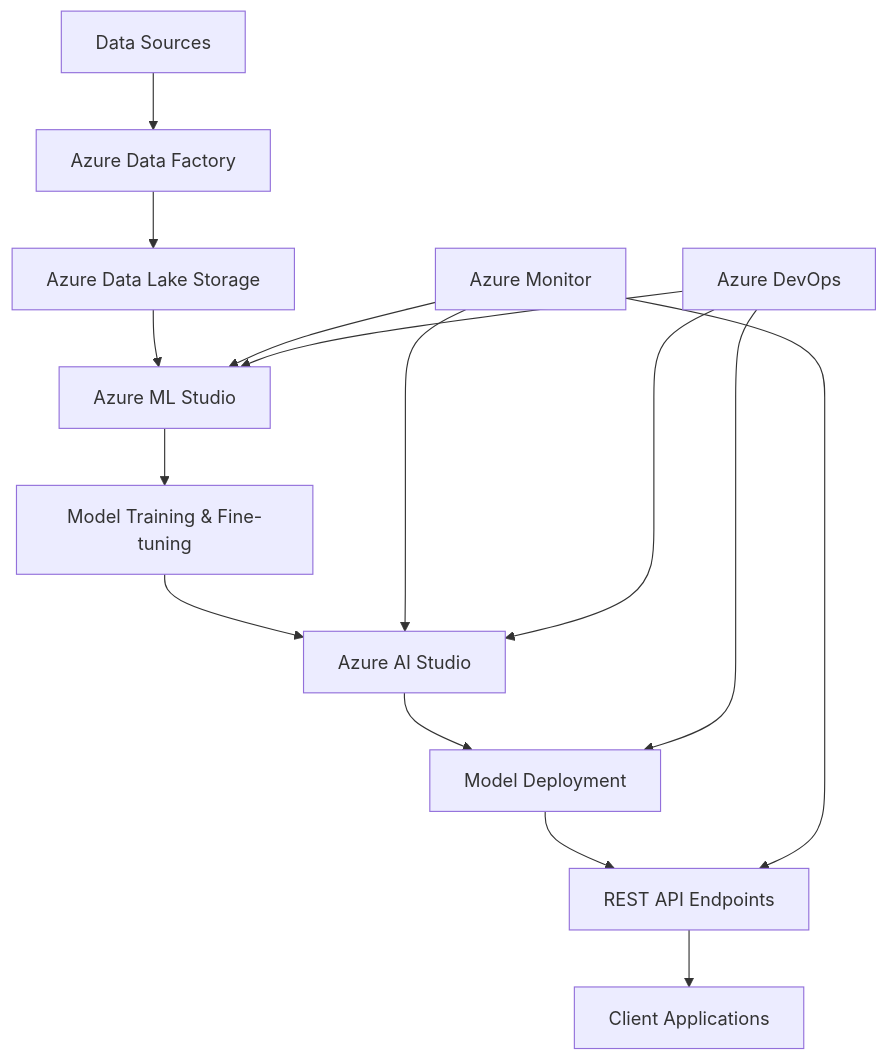
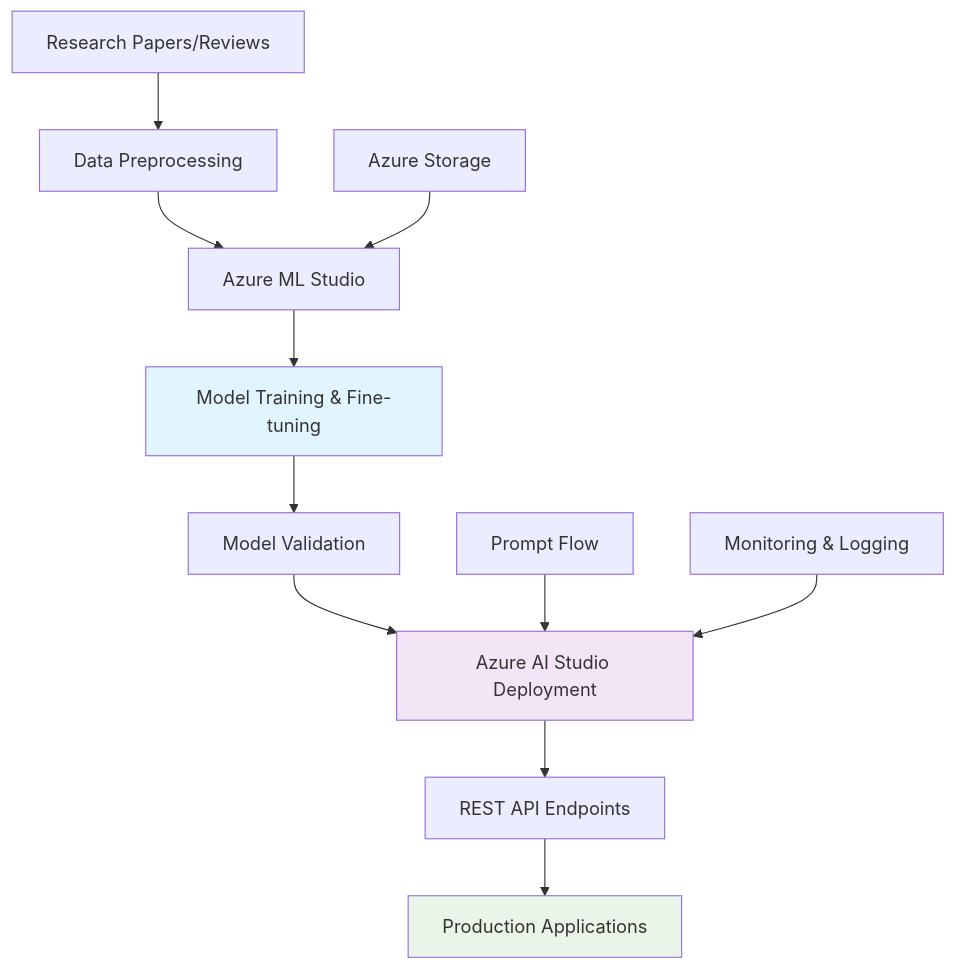
The diagram in generative-ai-azure-ml/README.md (omnidox/cognizant-genspark-genai-training), drawn with Mermaid before and after one commit. The commit also changed other lines of this file, not shown here.

````diff
--- a/generative-ai-azure-ml/README.md
+++ b/generative-ai-azure-ml/README.md
@@ -122,19 +139,18 @@
 ```mermaid
 graph TB
-    A[Data Sources] --> B[Azure Data Factory]
-    B --> C[Azure Data Lake Storage]
-    C --> D[Azure ML Studio]
-    D --> E[Model Training & Fine-tuning]
-    E --> F[Azure AI Studio]
-    F --> G[Model Deployment]
-    G --> H[REST API Endpoints]
-    H --> I[Client Applications]
+    A[Research Papers/Reviews] --> B[Data Preprocessing]
+    B --> C[Azure ML Studio]
+    C --> D[Model Training & Fine-tuning]
+    D --> E[Model Validation]
+    E --> F[Azure AI Studio Deployment]
+    F --> G[REST API Endpoints]
+    G --> H[Production Applications]
     
-    J[Azure Monitor] --> D
-    J --> F
-    J --> H
+    I[Prompt Flow] --> F
+    J[Azure Storage] --> C
+    K[Monitoring & Logging] --> F
     
-    K[Azure DevOps] --> D
-    K --> F
-    K --> G
+    style D fill:#e1f5fe
+    style F fill:#f3e5f5
+    style H fill:#e8f5e8
 ```
````
